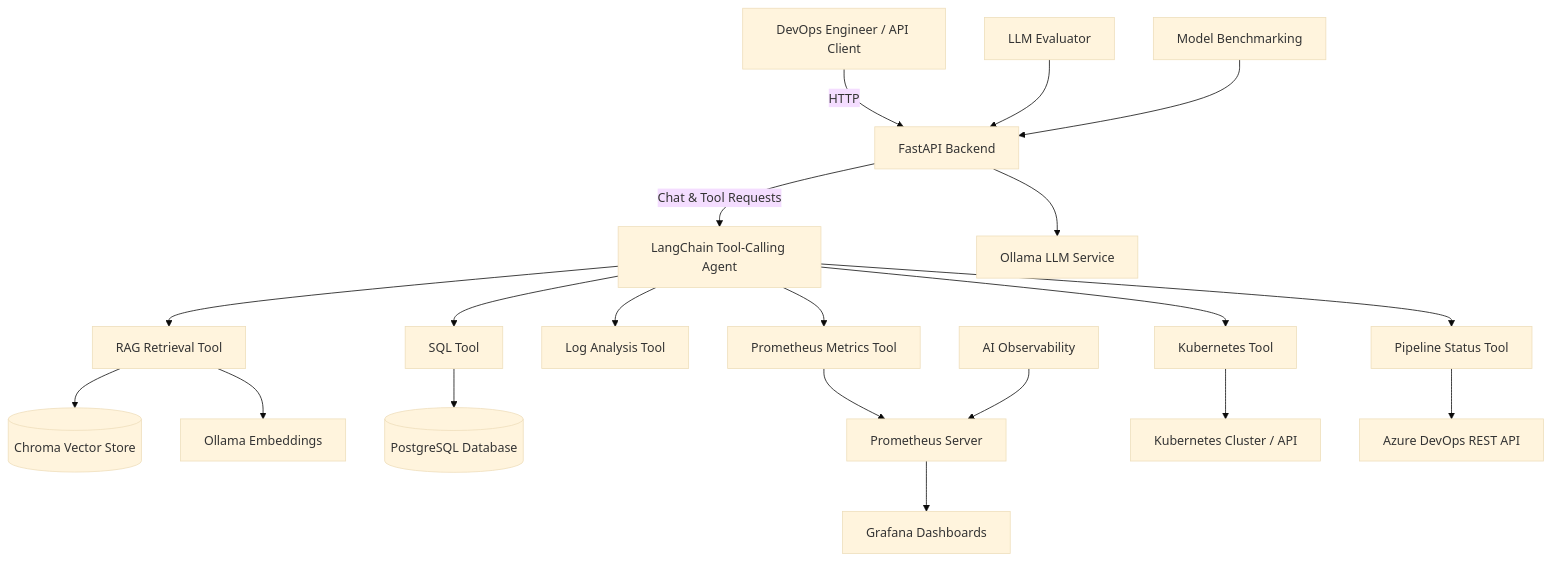
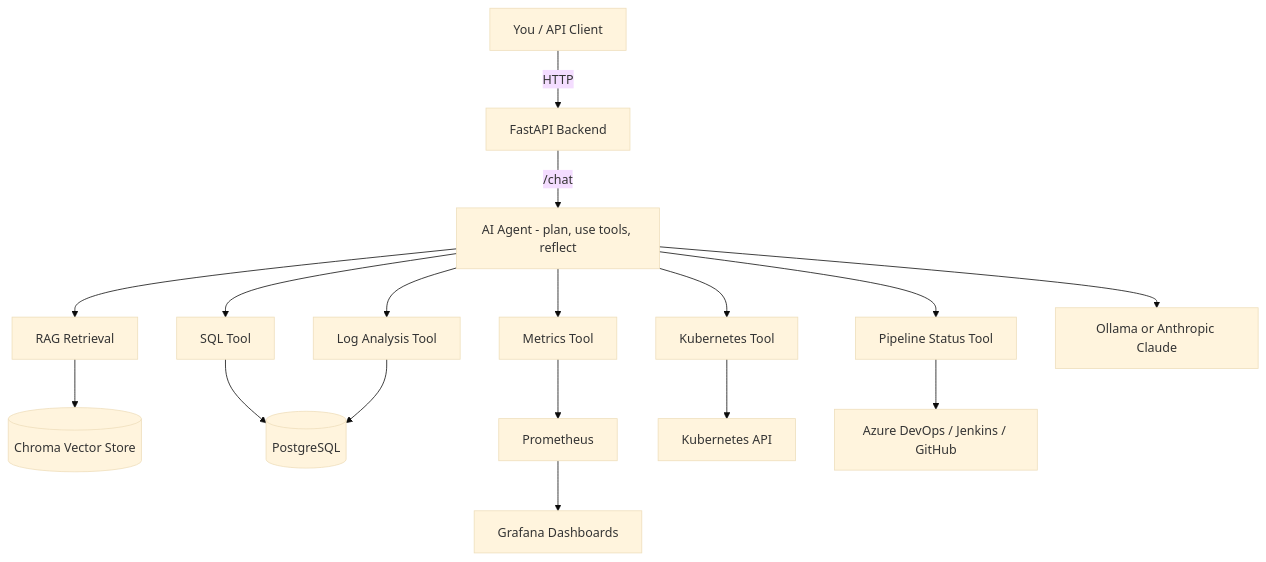
Before and after one commit to shaharco99/AI_DevOps: the diagram in README.md, drawn with Mermaid (base theme). The commit also changed other lines of this file and 14 other files, not shown here.

````diff
--- a/README.md
+++ b/README.md
@@ -20,25 +67,20 @@
 ```mermaid
 flowchart TD
-    U[DevOps Engineer / API Client] --> |HTTP| API[FastAPI Backend]
-    API --> |Chat & Tool Requests| AGENT[LangChain Tool-Calling Agent]
+    U[You / API Client] --> |HTTP| API[FastAPI Backend]
+    API --> |/chat| AGENT[AI Agent - plan, use tools, reflect]
     AGENT --> SQL[SQL Tool]
     AGENT --> K8S[Kubernetes Tool]
     AGENT --> LOGS[Log Analysis Tool]
-    AGENT --> METRICS[Prometheus Metrics Tool]
+    AGENT --> METRICS[Metrics Tool]
     AGENT --> PIPE[Pipeline Status Tool]
-    AGENT --> RAG[RAG Retrieval Tool]
+    AGENT --> RAG[RAG Retrieval]
 
     RAG --> CHROMA[(Chroma Vector Store)]
-    RAG --> EMB[Ollama Embeddings]
-
-    SQL --> POSTGRES[(PostgreSQL Database)]
-    METRICS --> PROM[Prometheus Server]
-    K8S --> CLUSTER[Kubernetes Cluster / API]
-    PIPE --> AZDO[Azure DevOps REST API]
-    API --> OLLAMA[Ollama LLM Service]
+    SQL --> POSTGRES[(PostgreSQL)]
+    LOGS --> POSTGRES
+    METRICS --> PROM[Prometheus]
+    K8S --> CLUSTER[Kubernetes API]
+    PIPE --> CI[Azure DevOps / Jenkins / GitHub]
+    AGENT --> LLM[Ollama or Anthropic Claude]
     PROM --> GRAFANA[Grafana Dashboards]
-
-    EVAL[LLM Evaluator] --> API
-    OBS[AI Observability] --> PROM
-    BENCH[Model Benchmarking] --> API
 ```
````
